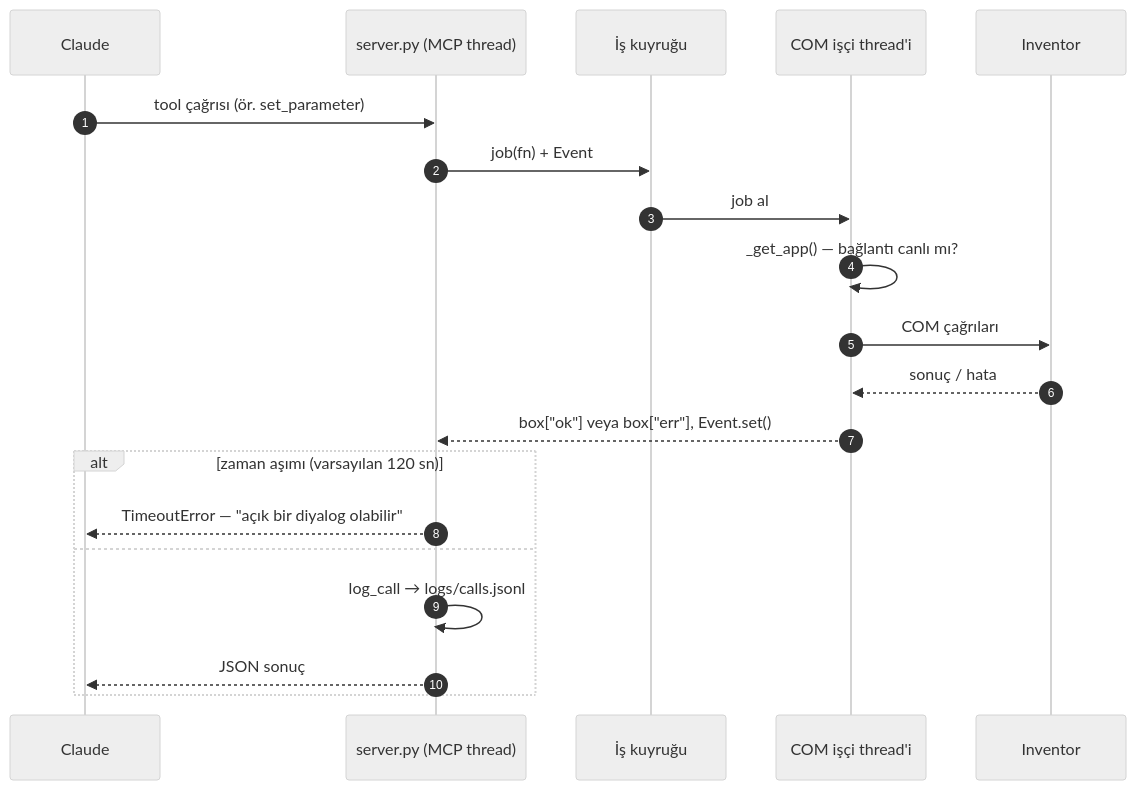
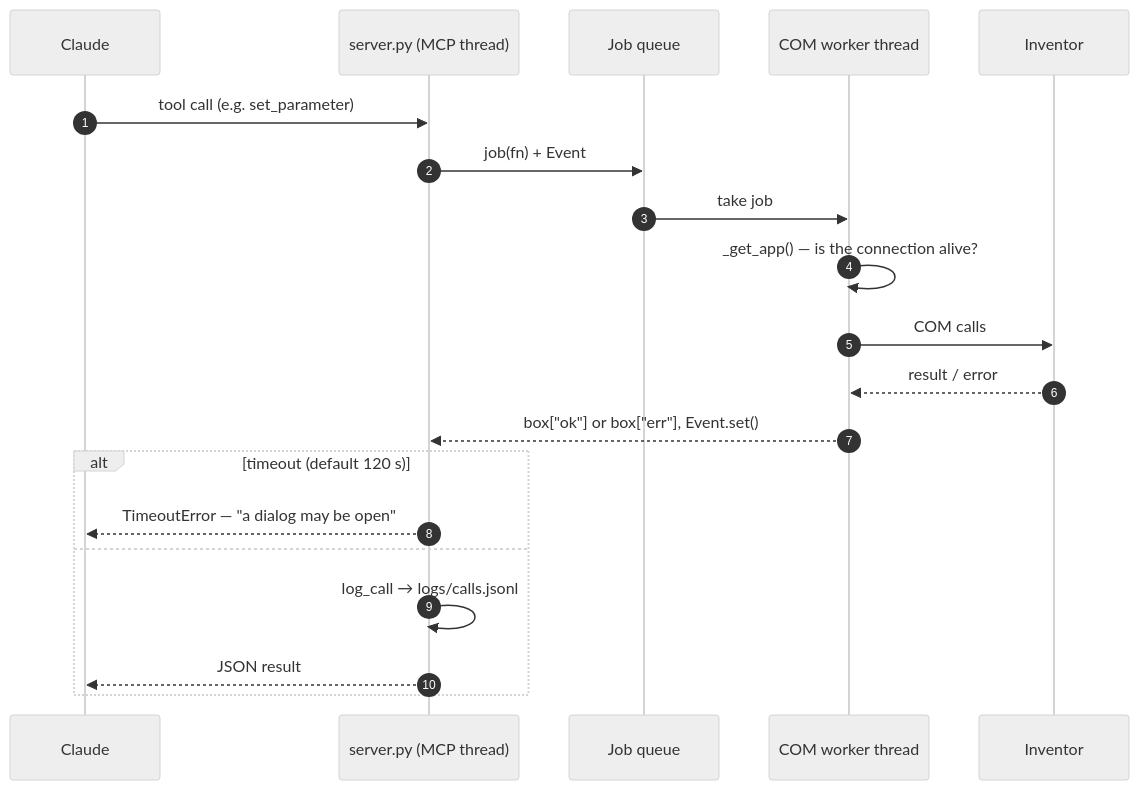
One commit to ZBGoztas/InventorLLM changed the second of 6 diagrams in README.md. Above: the diagram before and after it, drawn with Mermaid (neutral theme). The commit also changed other lines of this file, not shown here.

````diff
--- a/README.md
+++ b/README.md
@@ -70,23 +68,23 @@
 ```mermaid
 sequenceDiagram
     autonumber
     participant LLM as Claude
     participant MCP as server.py (MCP thread)
-    participant Q as İş kuyruğu
-    participant W as COM işçi thread'i
+    participant Q as Job queue
+    participant W as COM worker thread
     participant INV as Inventor
 
-    LLM->>MCP: tool çağrısı (ör. set_parameter)
+    LLM->>MCP: tool call (e.g. set_parameter)
     MCP->>Q: job(fn) + Event
-    Q->>W: job al
-    W->>W: _get_app() — bağlantı canlı mı?
-    W->>INV: COM çağrıları
-    INV-->>W: sonuç / hata
-    W-->>MCP: box["ok"] veya box["err"], Event.set()
-    alt zaman aşımı (varsayılan 120 sn)
-        MCP-->>LLM: TimeoutError — "açık bir diyalog olabilir"
+    Q->>W: take job
+    W->>W: _get_app() — is the connection alive?
+    W->>INV: COM calls
+    INV-->>W: result / error
+    W-->>MCP: box["ok"] or box["err"], Event.set()
+    alt timeout (default 120 s)
+        MCP-->>LLM: TimeoutError — "a dialog may be open"
     else
         MCP->>MCP: log_call → logs/calls.jsonl
-        MCP-->>LLM: JSON sonuç
+        MCP-->>LLM: JSON result
     end
 ```
````
